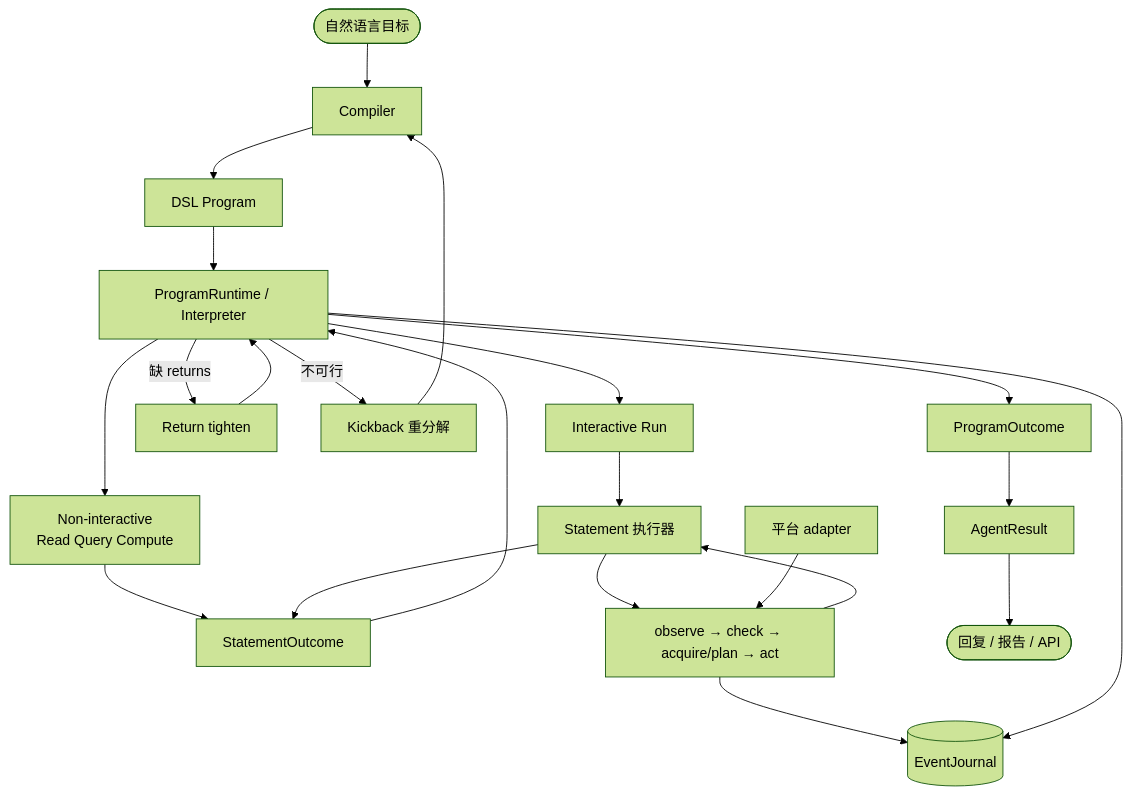
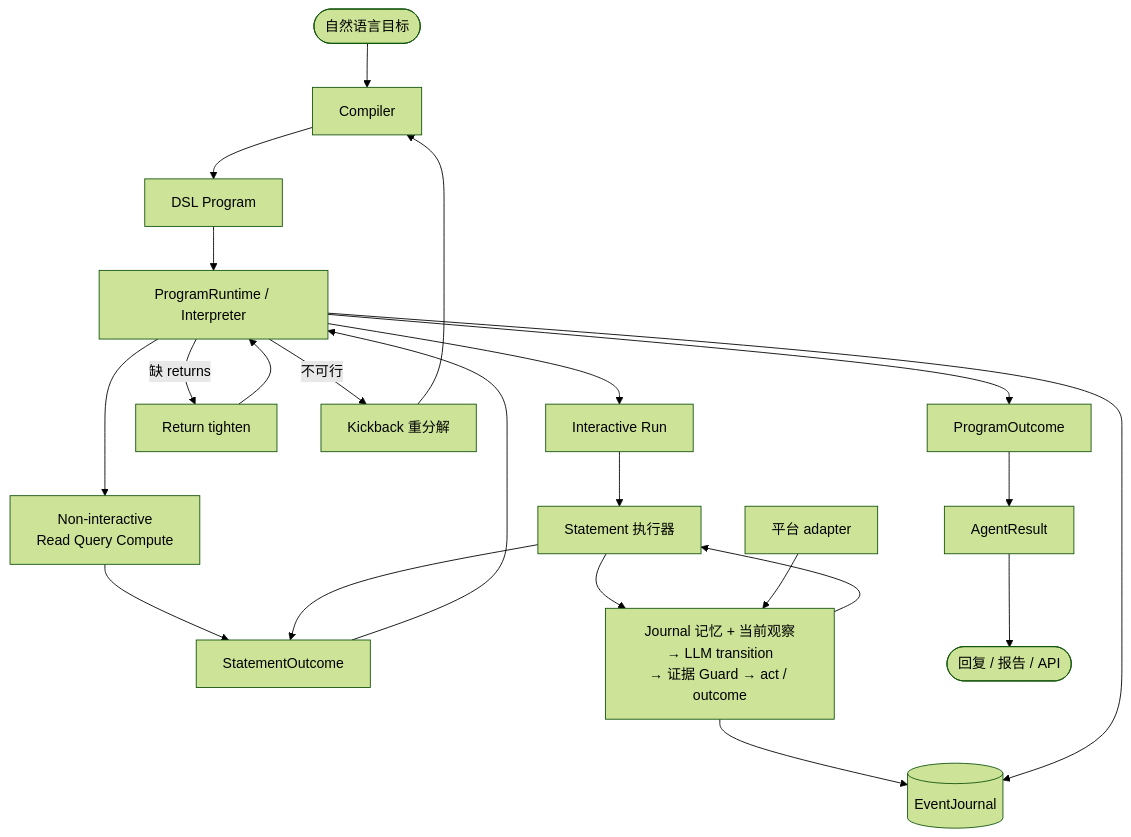
Before and after one commit to hyechow/GUIWeave: the diagram in README.zh-CN.md, drawn with Mermaid (forest theme). The commit also changed other lines of this file and 2 other files, not shown here.

Commit message:
docs(runtime): describe the minimal statement transition

````diff
--- a/README.zh-CN.md
+++ b/README.zh-CN.md
@@ -67,29 +67,29 @@
 ```mermaid
 flowchart TD
     Goal([自然语言目标]) --> Compiler[Compiler]
     Compiler --> Prog[DSL Program]
     Prog --> RT[ProgramRuntime / Interpreter]
 
     RT --> Imm[Non-interactive\nRead Query Compute]
     RT --> Run[Interactive Run]
     Imm --> SO[StatementOutcome]
     Run --> SE[Statement 执行器]
     SE --> SO
     SO --> RT
 
     RT -->|缺 returns| Tight[Return tighten]
     RT -->|不可行| Kick[Kickback 重分解]
     Tight --> RT
     Kick --> Compiler
 
-    SE --> Loop[observe → check → acquire/plan → act]
+    SE --> Loop[Journal 记忆 + 当前观察<br/>→ LLM transition<br/>→ 证据 Guard → act / outcome]
     Loop --> SE
     Loop --> Journal[(EventJournal)]
     RT --> Journal
 
     RT --> PO[ProgramOutcome]
     PO --> AR[AgentResult]
     AR --> Out([回复 / 报告 / API])
 
     Plat[平台 adapter] --> Loop
 ```
````
